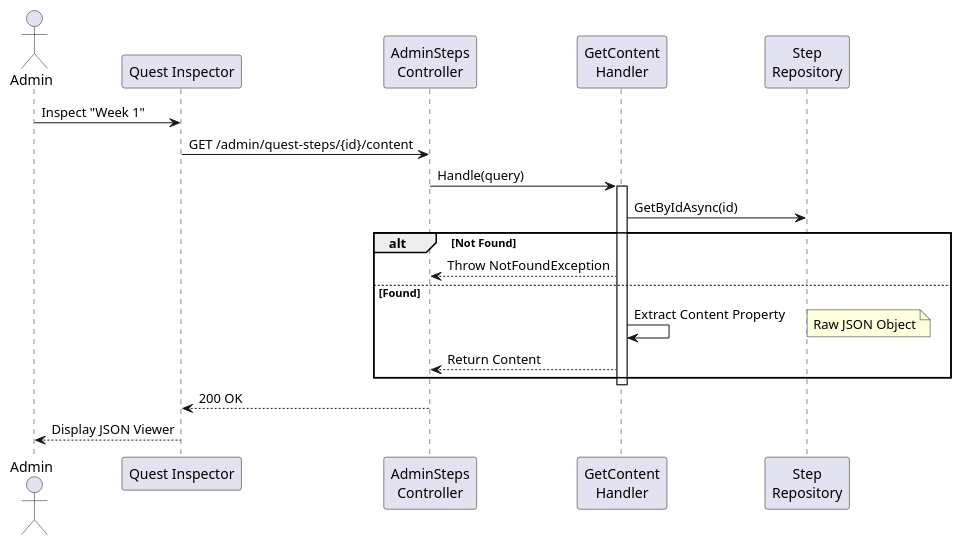
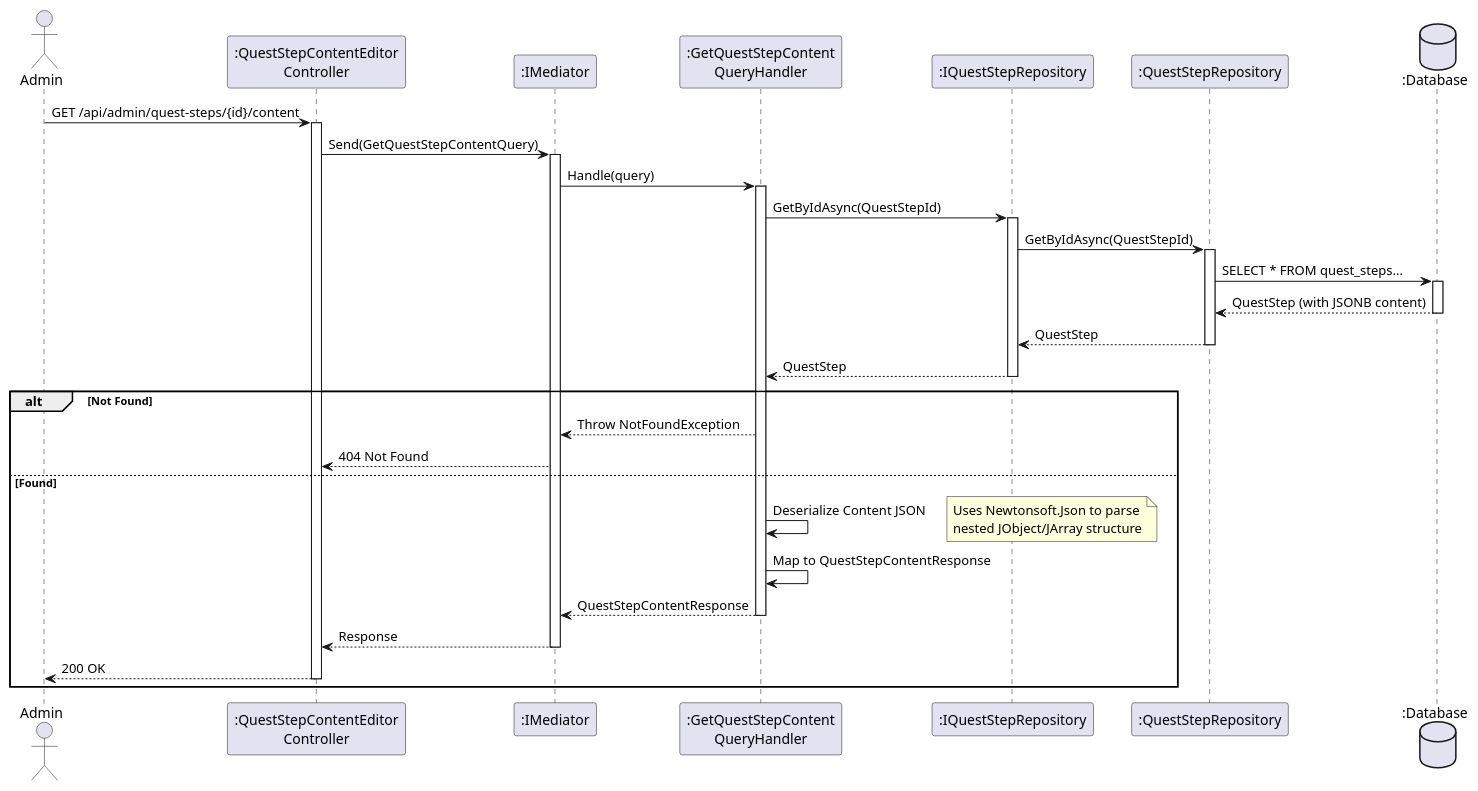
One commit to FA25SE050-RogueLearn/RogueLearn.BMAD.Documentation changed the diagram in docs/srs/diagrams/sequence-diagram/admin-quest/get-step-content-admin-seq.puml. Above: the diagram before and after it, drawn with PlantUML. The commit also changed other lines of this file and 28 other files, not shown here.

Commit message:
feat: add and refix some diagrams to add implementations objects

```diff
--- a/docs/srs/diagrams/sequence-diagram/admin-quest/get-step-content-admin-seq.puml
+++ b/docs/srs/diagrams/sequence-diagram/admin-quest/get-step-content-admin-seq.puml
@@ -2,26 +1,55 @@
 @startuml
 actor Admin
-participant "Quest Inspector" as UI
-participant "AdminSteps\nController" as Controller
-participant "GetContent\nHandler" as Handler
-participant "Step\nRepository" as DB
+participant ":QuestStepContentEditor\nController" as Controller
+participant ":IMediator" as Med
+participant ":GetQuestStepContent\nQueryHandler" as Handler
+participant ":IQuestStepRepository" as IRepo
+participant ":QuestStepRepository" as Repo
+database ":Database" as DB
 
-Admin -> UI : Inspect "Week 1"
-UI -> Controller : GET /admin/quest-steps/{id}/content
-Controller -> Handler : Handle(query)
+Admin -> Controller : GET /api/admin/quest-steps/{id}/content
+activate Controller
 
+Controller -> Med : Send(GetQuestStepContentQuery)
+activate Med
+
+Med -> Handler : Handle(query)
 activate Handler
-    Handler -> DB : GetByIdAsync(id)
+
+' 1. Fetch Quest Step
+Handler -> IRepo : GetByIdAsync(QuestStepId)
+activate IRepo
+IRepo -> Repo : GetByIdAsync(QuestStepId)
+activate Repo
+Repo -> DB : SELECT * FROM quest_steps...
+activate DB
+DB --> Repo : QuestStep (with JSONB content)
+deactivate DB
+Repo --> IRepo : QuestStep
+deactivate Repo
+IRepo --> Handler : QuestStep
+deactivate IRepo
+
+alt Not Found
+    Handler --> Med : Throw NotFoundException
+    Med --> Controller : 404 Not Found
+else Found
+    ' 2. Parse Content
+    Handler -> Handler : Deserialize Content JSON
+    note right
+        Uses Newtonsoft.Json to parse
+        nested JObject/JArray structure
+    end note
     
-    alt Not Found
-        Handler --> Controller : Throw NotFoundException
-    else Found
-        Handler -> Handler : Extract Content Property
-        note right: Raw JSON Object
-        Handler --> Controller : Return Content
-    end
-deactivate Handler
-
-Controller --> UI : 200 OK
-UI --> Admin : Display JSON Viewer
+    Handler -> Handler : Map to QuestStepContentResponse
+    
+    Handler --> Med : QuestStepContentResponse
+    deactivate Handler
+    
+    Med --> Controller : Response
+    deactivate Med
+    
+    Controller --> Admin : 200 OK
+    deactivate Controller
+end
 @enduml
```
